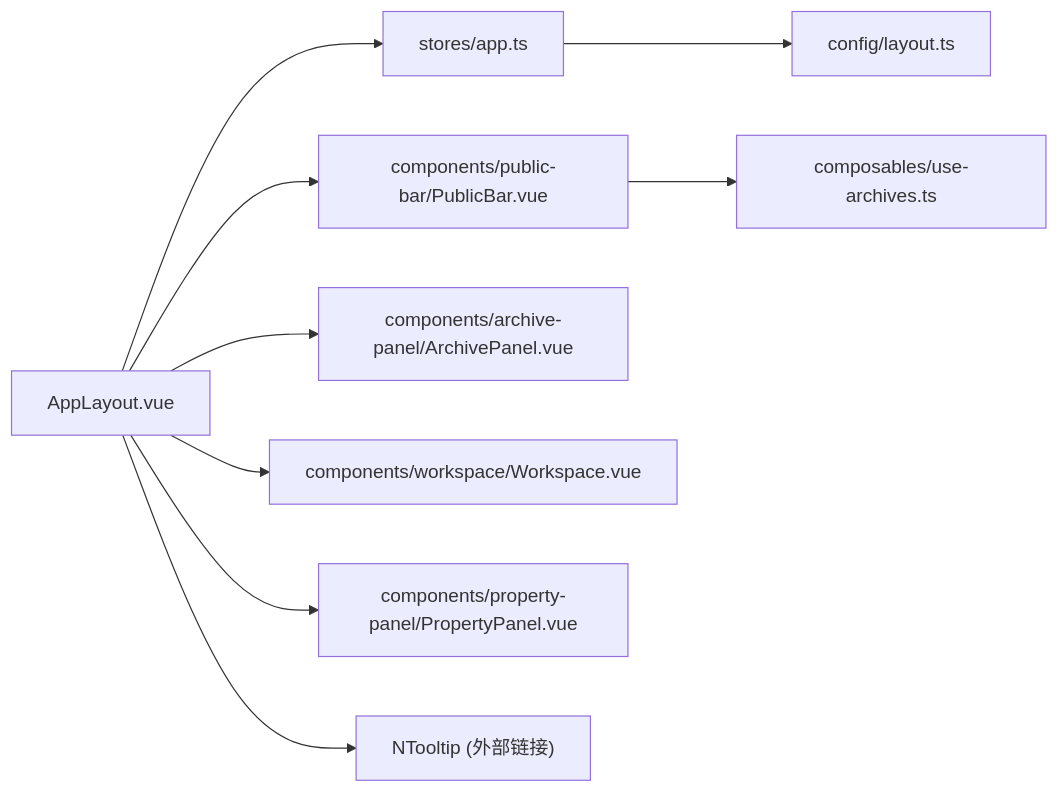
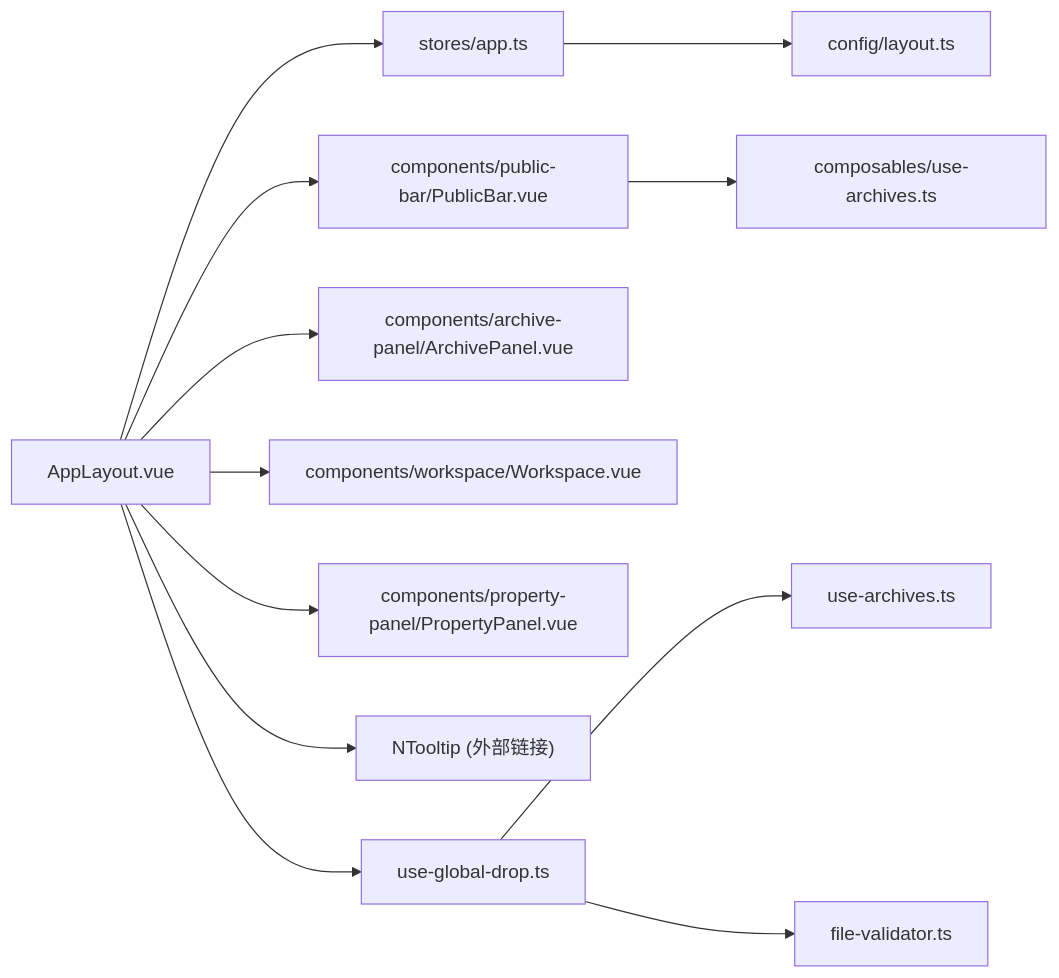
The sixth of 6 diagrams in .qoder/repowiki/zh/content/用户界面/布局系统.md (taoweidong/Hello-Tauri), drawn with Mermaid before and after one commit. The commit also changed other lines of this file and 72 other files, not shown here.

````diff
--- a/.qoder/repowiki/zh/content/用户界面/布局系统.md
+++ b/.qoder/repowiki/zh/content/用户界面/布局系统.md
@@ -359,11 +471,14 @@
 ```mermaid
 graph LR
 A["AppLayout.vue"] --> B["stores/app.ts"]
 B --> C["config/layout.ts"]
 A --> D["components/public-bar/PublicBar.vue"]
 A --> E["components/archive-panel/ArchivePanel.vue"]
 A --> F["components/workspace/Workspace.vue"]
 A --> G["components/property-panel/PropertyPanel.vue"]
 A --> H["NTooltip (外部链接)"]
-D --> I["composables/use-archives.ts"]
+A --> I["use-global-drop.ts"]
+I --> J["use-archives.ts"]
+I --> K["file-validator.ts"]
+D --> L["composables/use-archives.ts"]
 ```
````
